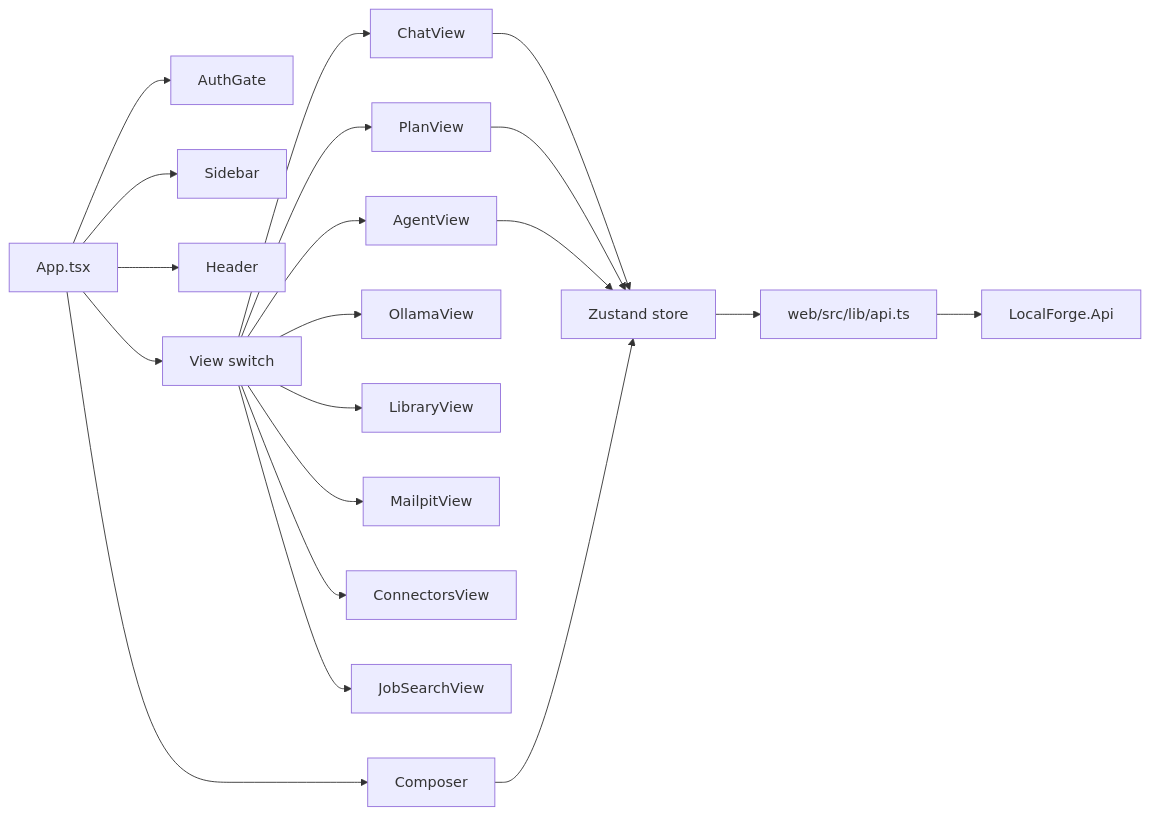
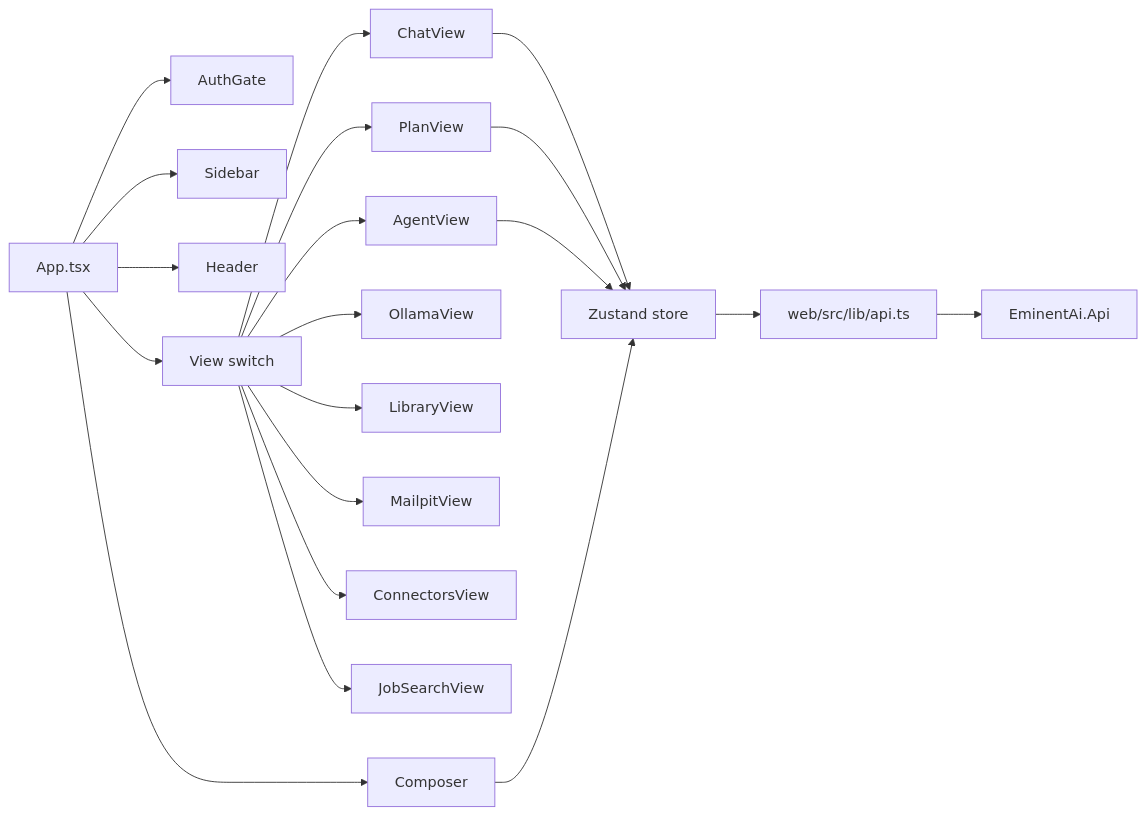
Diagram 13 of 16 in docs/AIAGENT_ARCHITECTURE.md (ekanatha-urivakili/EminentAiAgent), drawn with Mermaid before and after one commit. The commit also changed other lines of this file and 345 other files, not shown here.

````diff
--- a/docs/AIAGENT_ARCHITECTURE.md
+++ b/docs/AIAGENT_ARCHITECTURE.md
@@ -768,23 +768,23 @@
 ```mermaid
 flowchart LR
     App[App.tsx] --> Auth[AuthGate]
     App --> Sidebar[Sidebar]
     App --> Header[Header]
     App --> ViewRouter[View switch]
     ViewRouter --> Chat[ChatView]
     ViewRouter --> Plan[PlanView]
     ViewRouter --> Agent[AgentView]
     ViewRouter --> Ollama[OllamaView]
     ViewRouter --> Library[LibraryView]
     ViewRouter --> Mailpit[MailpitView]
     ViewRouter --> Connectors[ConnectorsView]
     ViewRouter --> Jobs[JobSearchView]
     App --> Composer[Composer]
 
     Store[Zustand store] --> ApiClient[web/src/lib/api.ts]
-    ApiClient --> Backend[LocalForge.Api]
+    ApiClient --> Backend[EminentAi.Api]
     Chat --> Store
     Plan --> Store
     Agent --> Store
     Composer --> Store
 ```
````
